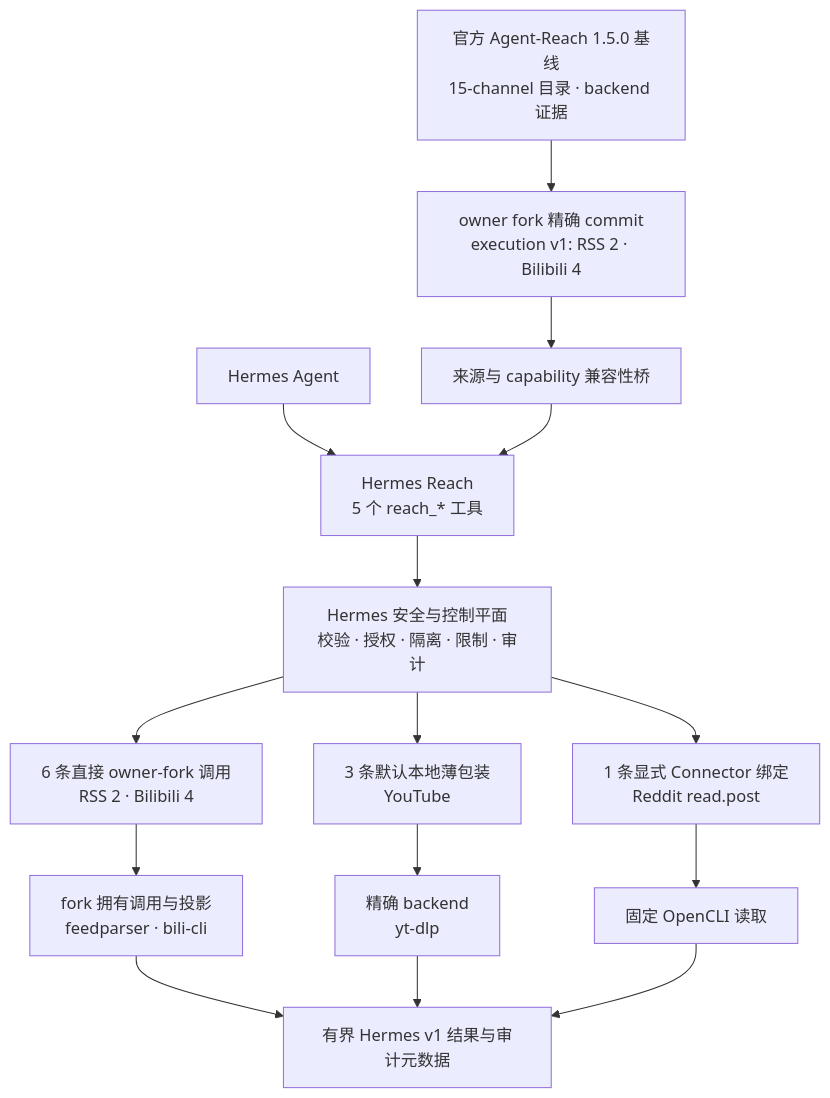
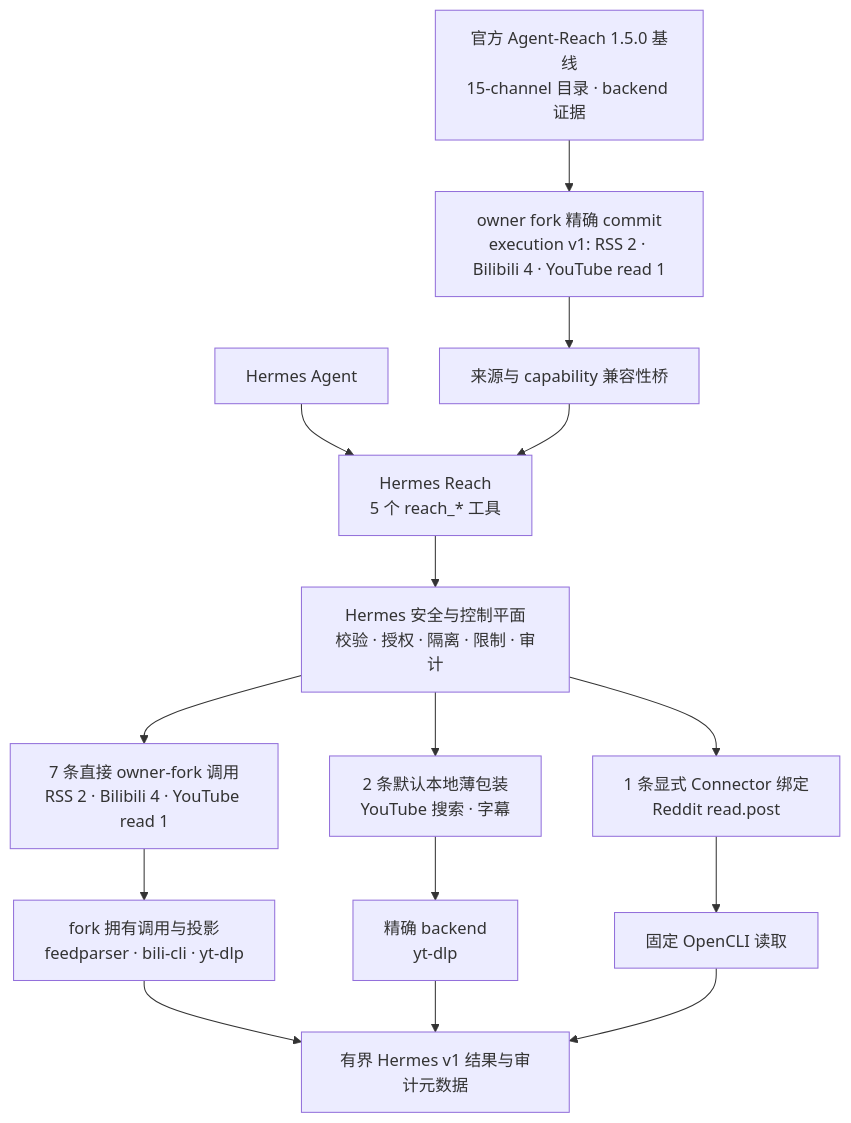
Before and after one commit to izumi0uu/hermes-reach: the first of 2 diagrams in README.md, drawn with Mermaid. The commit also changed other lines of this file and 30 other files, not shown here.

Commit message:
feat(agent-reach): execute YouTube read video through fork runtime

````diff
--- a/README.md
+++ b/README.md
@@ -276,17 +278,17 @@
 ```mermaid
 flowchart TD
     Hermes["Hermes Agent"] --> Plugin["Hermes Reach<br/>5 个 reach_* 工具"]
-    Upstream["官方 Agent-Reach 1.5.0 基线<br/>15-channel 目录 · backend 证据"] --> Fork["owner fork 精确 commit<br/>execution v1: RSS 2 · Bilibili 4"]
+    Upstream["官方 Agent-Reach 1.5.0 基线<br/>15-channel 目录 · backend 证据"] --> Fork["owner fork 精确 commit<br/>execution v1: RSS 2 · Bilibili 4 · YouTube read 1"]
     Fork --> Bridge["来源与 capability 兼容性桥"]
     Bridge --> Plugin
     Plugin --> Guard["Hermes 安全与控制平面<br/>校验 · 授权 · 隔离 · 限制 · 审计"]
-    Guard --> ForkOps["6 条直接 owner-fork 调用<br/>RSS 2 · Bilibili 4"]
-    Guard --> Local["3 条默认本地薄包装<br/>YouTube"]
+    Guard --> ForkOps["7 条直接 owner-fork 调用<br/>RSS 2 · Bilibili 4 · YouTube read 1"]
+    Guard --> Local["2 条默认本地薄包装<br/>YouTube 搜索 · 字幕"]
     Guard --> Connector["1 条显式 Connector 绑定<br/>Reddit read.post"]
-    ForkOps --> ForkBackends["fork 拥有调用与投影<br/>feedparser · bili-cli"]
+    ForkOps --> ForkBackends["fork 拥有调用与投影<br/>feedparser · bili-cli · yt-dlp"]
     Local --> Backends["精确 backend<br/>yt-dlp"]
     Connector --> OpenCLI["固定 OpenCLI 读取"]
     ForkBackends --> Results["有界 Hermes v1 结果与审计元数据"]
     Backends --> Results
     OpenCLI --> Results
 ```
````
